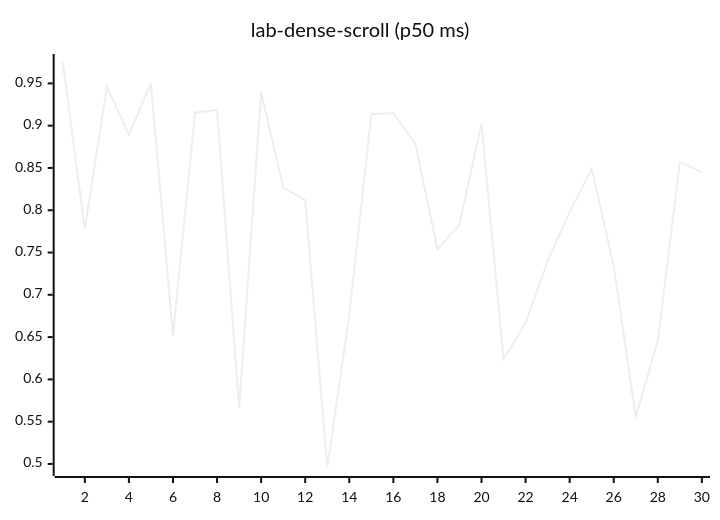
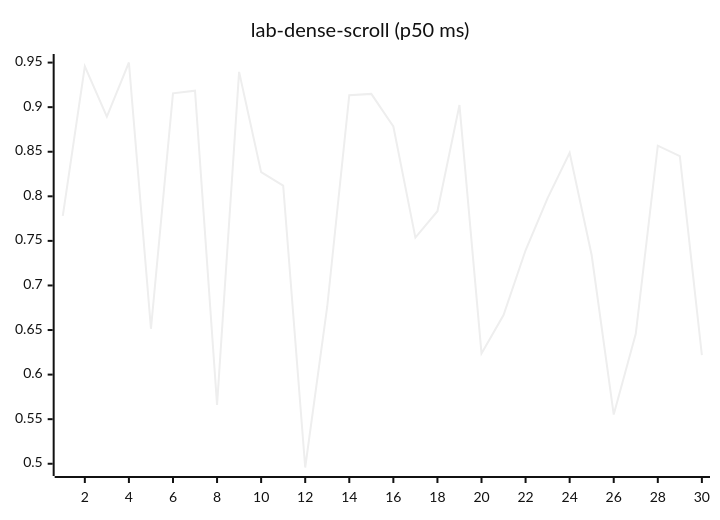
Diagram 12 of 27 in README.md (josha/Facet), drawn with Mermaid (neutral theme) before and after one commit. The commit also changed other lines of this file and 2 other files, not shown here.

````diff
--- a/README.md
+++ b/README.md
@@ -140,6 +140,6 @@
 ```mermaid
 xychart-beta
     title "lab-dense-scroll (p50 ms)"
     x-axis 1 --> 30
-    line [0.9747, 0.7780, 0.9459, 0.8894, 0.9501, 0.6514, 0.9155, 0.9185, 0.5661, 0.9396, 0.8271, 0.8121, 0.4958, 0.6764, 0.9135, 0.9149, 0.8783, 0.7537, 0.7833, 0.9024, 0.6238, 0.6669, 0.7395, 0.7979, 0.8489, 0.7339, 0.5552, 0.6458, 0.8568, 0.8450]
+    line [0.7780, 0.9459, 0.8894, 0.9501, 0.6514, 0.9155, 0.9185, 0.5661, 0.9396, 0.8271, 0.8121, 0.4958, 0.6764, 0.9135, 0.9149, 0.8783, 0.7537, 0.7833, 0.9024, 0.6238, 0.6669, 0.7395, 0.7979, 0.8489, 0.7339, 0.5552, 0.6458, 0.8568, 0.8450, 0.6219]
 ```
````
